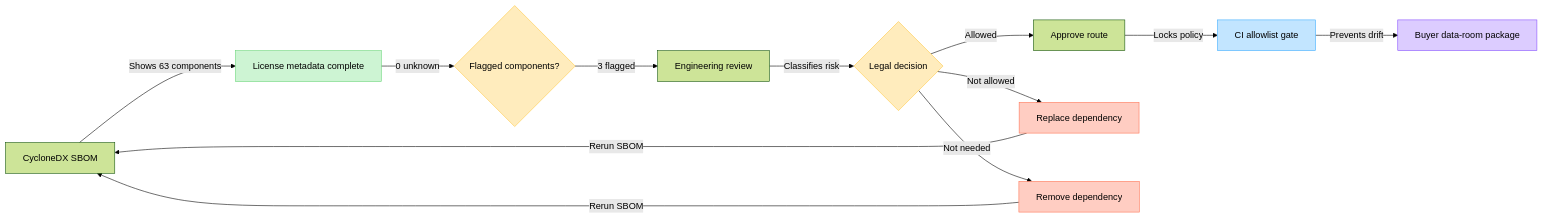
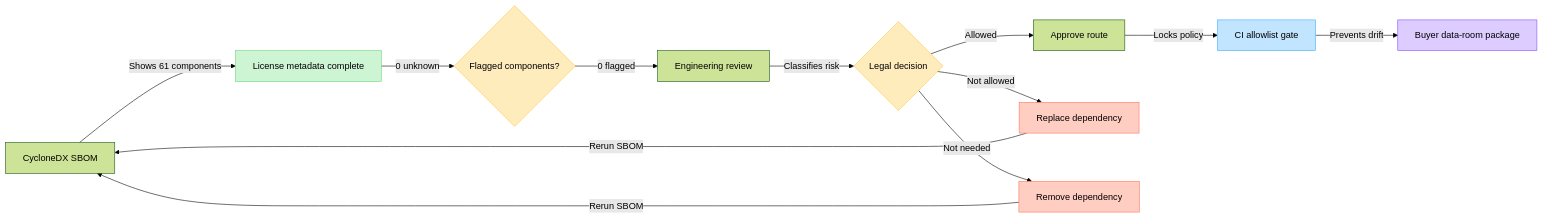
One commit to ContextualWisdomLab/clearfolio changed the tenth of 19 diagrams in docs/design/2026-07-02-buyer-demo-kpi-figjam-handoff.md. Above: the diagram before and after it, drawn with Mermaid (forest theme). The commit also changed 18 other files, not shown here.

````diff
--- a/docs/design/2026-07-02-buyer-demo-kpi-figjam-handoff.md
+++ b/docs/design/2026-07-02-buyer-demo-kpi-figjam-handoff.md
@@ -577,33 +577,33 @@
 ```mermaid
 flowchart LR
     sbom["CycloneDX SBOM"]
     metadata["License metadata complete"]
     flagged{"Flagged components?"}
     review["Engineering review"]
     legal{"Legal decision"}
     approve["Approve route"]
     replace["Replace dependency"]
     remove["Remove dependency"]
     gate["CI allowlist gate"]
     buyer["Buyer data-room package"]
 
-    sbom -->|"Shows 63 components"| metadata
+    sbom -->|"Shows 61 components"| metadata
     metadata -->|"0 unknown"| flagged
-    flagged -->|"3 flagged"| review
+    flagged -->|"0 flagged"| review
     review -->|"Classifies risk"| legal
     legal -->|"Allowed"| approve
     legal -->|"Not allowed"| replace
     legal -->|"Not needed"| remove
     approve -->|"Locks policy"| gate
     replace -->|"Rerun SBOM"| sbom
     remove -->|"Rerun SBOM"| sbom
     gate -->|"Prevents drift"| buyer
 
     style metadata fill:#CDF4D3,stroke:#66D575
     style flagged fill:#FFECBD,stroke:#FFC943
     style legal fill:#FFECBD,stroke:#FFC943
     style replace fill:#FFCDC2,stroke:#FF7556
     style remove fill:#FFCDC2,stroke:#FF7556
     style gate fill:#C2E5FF,stroke:#3DADFF
     style buyer fill:#DCCCFF,stroke:#874FFF
 ```
````
